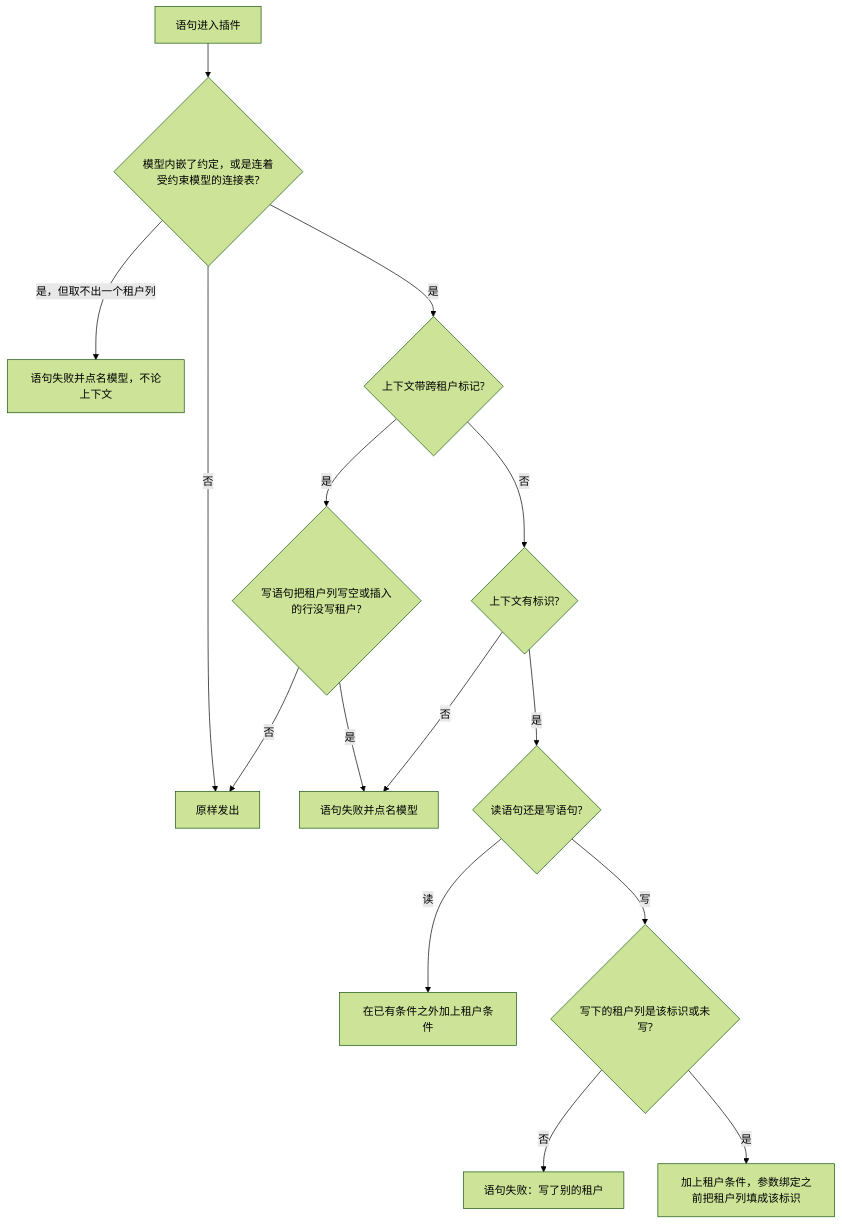
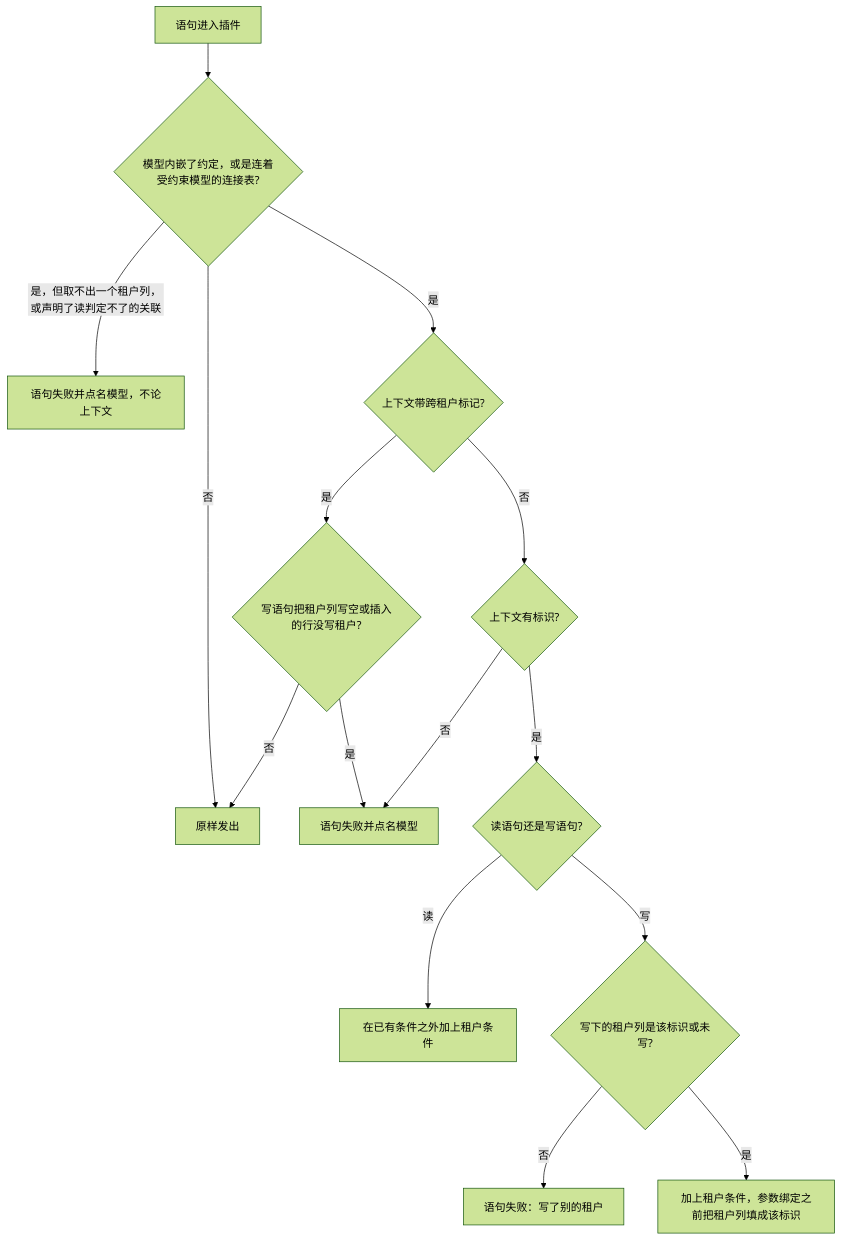
The fourth of 4 diagrams in docs/design/modules/design-tenant.md (wangzw/speed), drawn with Mermaid (forest theme) before and after one commit. The commit also changed other lines of this file and 6 other files, not shown here.

````diff
--- a/docs/design/modules/design-tenant.md
+++ b/docs/design/modules/design-tenant.md
@@ -453,17 +460,17 @@
 ```mermaid
 flowchart TD
     A[语句进入插件] --> B{模型内嵌了约定，或是连着受约束模型的连接表?}
     B -- 否 --> Z[原样发出]
-    B -- 是，但取不出一个租户列 --> U[语句失败并点名模型，不论上下文]
+    B -- 是，但取不出一个租户列，或声明了读判定不了的关联 --> U[语句失败并点名模型，不论上下文]
     B -- 是 --> C{上下文带跨租户标记?}
     C -- 是 --> X{写语句把租户列写空或插入的行没写租户?}
     X -- 否 --> Z
     X -- 是 --> H
     C -- 否 --> D{上下文有标识?}
     D -- 否 --> H[语句失败并点名模型]
     D -- 是 --> E{读语句还是写语句?}
     E -- 读 --> F[在已有条件之外加上租户条件]
     E -- 写 --> W{写下的租户列是该标识或未写?}
     W -- 否 --> M[语句失败：写了别的租户]
     W -- 是 --> G[加上租户条件，参数绑定之前把租户列填成该标识]
 ```
````
